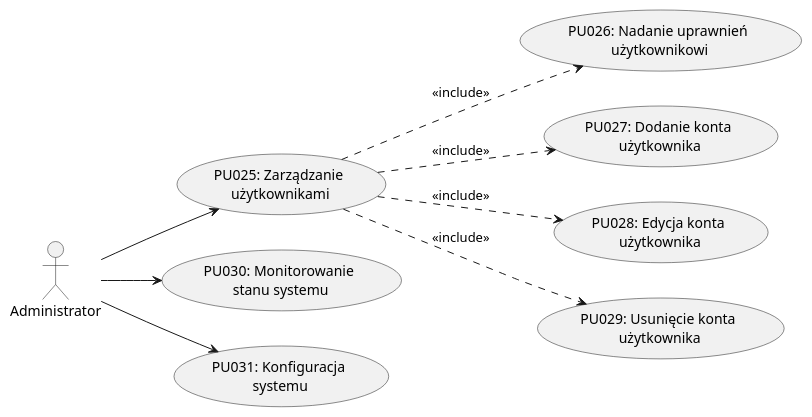
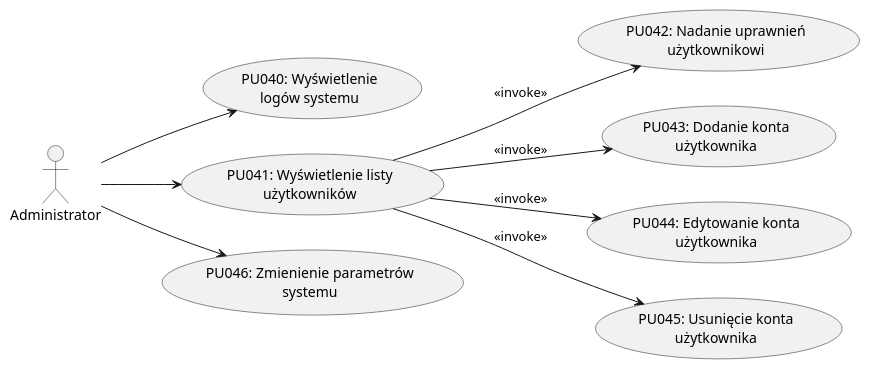
The diagram in 4. Diagramy Przypadkow/Administrator.puml (kokolodziejska/IWO), drawn with PlantUML before and after one commit. The commit also changed 5 other files, not shown here.

Commit message:
Aktualizowano diagramy przypadkow uzycia systemu

```diff
--- a/4. Diagramy Przypadkow/Administrator.puml
+++ b/4. Diagramy Przypadkow/Administrator.puml
@@ -1,23 +1,23 @@
 @startuml Administrator
 left to right direction
 
 actor "Administrator" as Admin
 
-usecase "PU025: Zarządzanie\n użytkownikami" as UC1
-usecase "PU026: Nadanie uprawnień\n użytkownikowi" as UC2
-usecase "PU027: Dodanie konta\n użytkownika" as UC3
-usecase "PU028: Edycja konta\n użytkownika" as UC4
-usecase "PU029: Usunięcie konta\n użytkownika" as UC5
-usecase "PU030: Monitorowanie\n stanu systemu" as UC6
-usecase "PU031: Konfiguracja\n systemu" as UC7
+usecase "PU040: Wyświetlenie\nlogów systemu" as PU040
+usecase "PU041: Wyświetlenie listy\nużytkowników" as PU041
+usecase "PU042: Nadanie uprawnień\nużytkownikowi" as PU042
+usecase "PU043: Dodanie konta\nużytkownika" as PU043
+usecase "PU044: Edytowanie konta\nużytkownika" as PU044
+usecase "PU045: Usunięcie konta\nużytkownika" as PU045
+usecase "PU046: Zmienienie parametrów\nsystemu" as PU046
 
-Admin --> UC1
-Admin --> UC6
-Admin --> UC7
+Admin --> PU040
+Admin --> PU041
+Admin --> PU046
 
-UC1 ..> UC2 : <<include>>
-UC1 ..> UC3 : <<include>>
-UC1 ..> UC4 : <<include>>
-UC1 ..> UC5 : <<include>>
+PU041 --> PU042 : <<invoke>>
+PU041 --> PU043 : <<invoke>>
+PU041 --> PU044 : <<invoke>>
+PU041 --> PU045 : <<invoke>>
 
 @enduml
```
